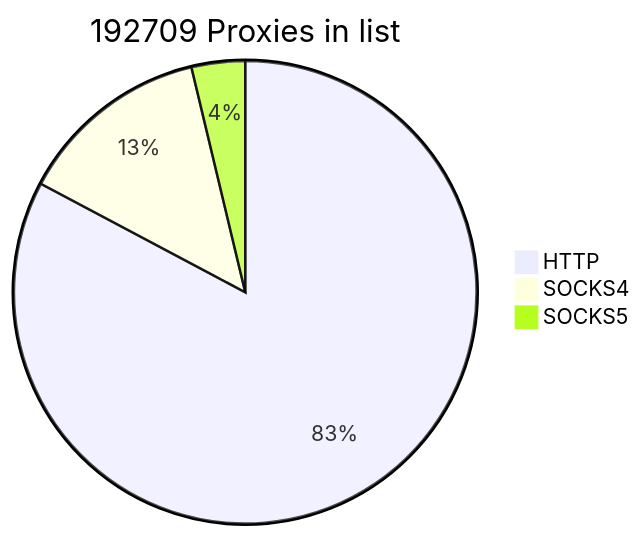
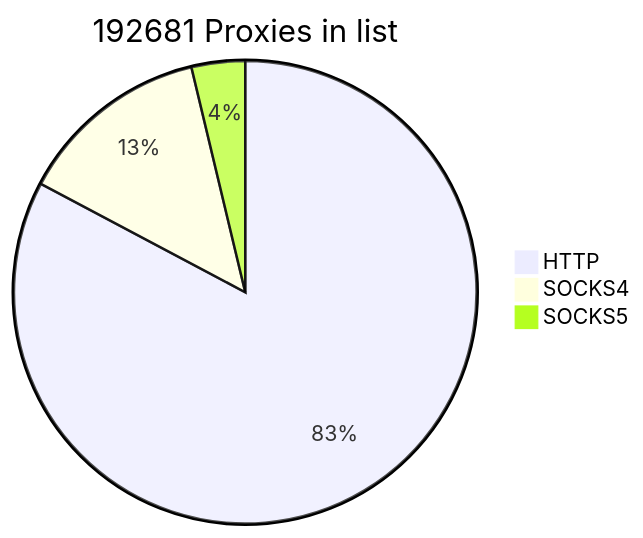
The first of 2 diagrams in README.md (cutipu/proxylist), drawn with Mermaid before and after one commit. The commit also changed other lines of this file, not shown here.

````diff
--- a/README.md
+++ b/README.md
@@ -2,7 +2,7 @@
 ```mermaid
-pie title 192709 Proxies in list
-    "HTTP" : 159497
+pie title 192681 Proxies in list
+    "HTTP" : 159469
     "SOCKS4" : 26008
     "SOCKS5" : 7204
             
 ```
````
